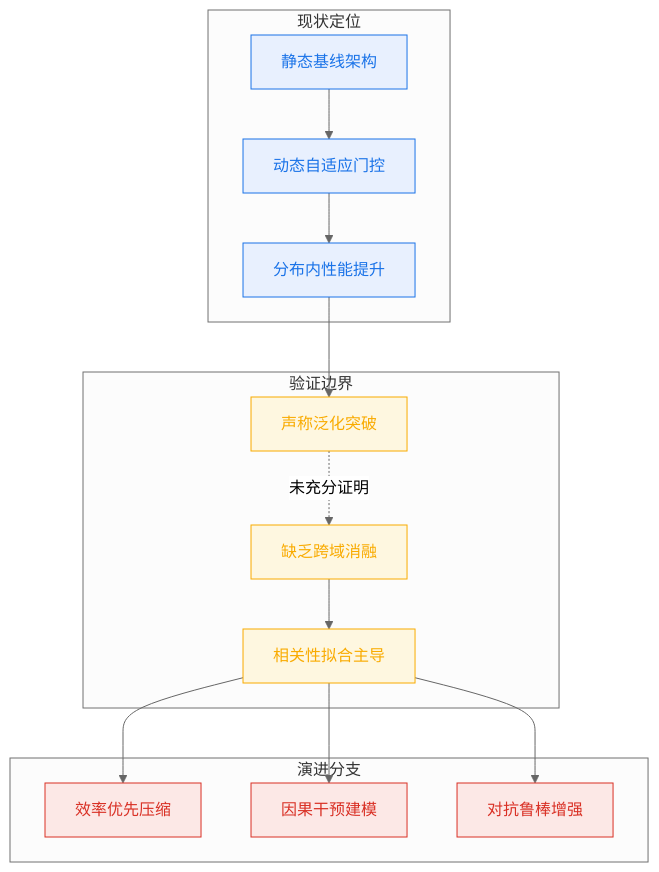
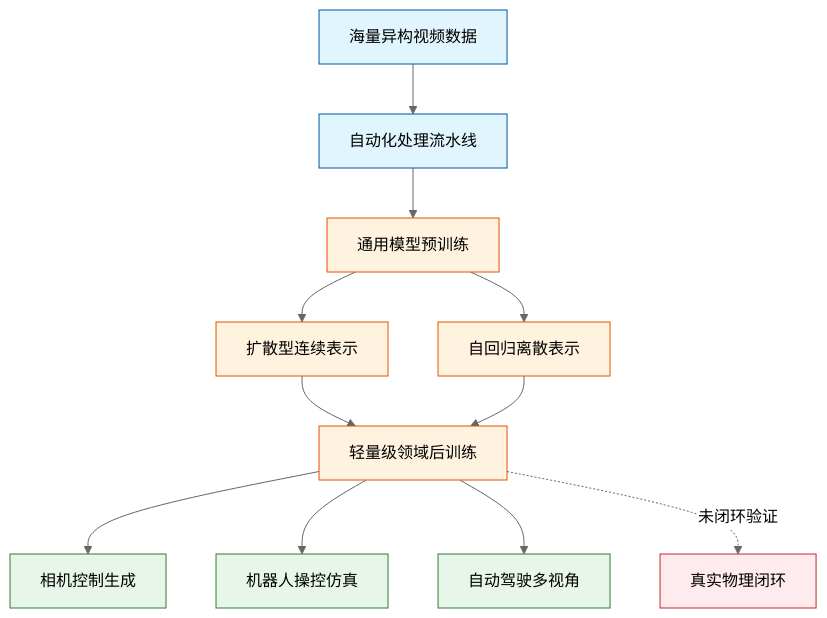
One commit to ShinewineW/paper-rolling changed diagram 11 of 11 in person_vault/2026-06-08_CosmosWorldFoundationModelPlatformForPhysicalAI_2501.03575/report.md. Above: the diagram before and after it, drawn with Mermaid (neutral theme). The commit also changed other lines of this file and 51 other files, not shown here.

````diff
--- a/person_vault/2026-06-08_CosmosWorldFoundationModelPlatformForPhysicalAI_2501.03575/report.md
+++ b/person_vault/2026-06-08_CosmosWorldFoundationModelPlatformForPhysicalAI_2501.03575/report.md
@@ -523,28 +716,18 @@
 ```mermaid
-flowchart TB
-    classDef current fill:#e8f0fe,stroke:#1a73e8,color:#1a73e8
-    classDef future fill:#fce8e6,stroke:#d93025,color:#d93025
-    classDef limit fill:#fef7e0,stroke:#f9ab00,color:#f9ab00
-    classDef proof fill:#e6f4ea,stroke:#137333,color:#137333
+flowchart TD
+  classDef data fill:#e1f5fe,color:#000,stroke:#01579b
+  classDef model fill:#fff3e0,color:#000,stroke:#e65100
+  classDef task fill:#e8f5e9,color:#000,stroke:#2e7d32
+  classDef limit fill:#ffebee,color:#000,stroke:#c62828
 
-    subgraph 现状定位
-        static_baseline["静态基线架构"] --> dynamic_gate["动态自适应门控"]
-        dynamic_gate --> dist_in["分布内性能提升"]
-    end
-
-    subgraph 验证边界
-        dist_in --> claim_gen["声称泛化突破"]
-        claim_gen -. 未充分证明 .-> proof_abl["缺乏跨域消融"]
-        proof_abl --> limit_corr["相关性拟合主导"]
-    end
-
-    subgraph 演进分支
-        limit_corr --> path_eff["效率优先压缩"]
-        limit_corr --> path_causal["因果干预建模"]
-        limit_corr --> path_robust["对抗鲁棒增强"]
-    end
-
-    class static_baseline,dynamic_gate,dist_in current
-    class claim_gen,proof_abl,limit_corr limit
-    class path_eff,path_causal,path_robust future
+  raw_video["海量异构视频数据"]:::data --> pipeline["自动化处理流水线"]:::data
+  pipeline --> pretrain["通用模型预训练"]:::model
+  pretrain --> diffusion["扩散型连续表示"]:::model
+  pretrain --> autoregressive["自回归离散表示"]:::model
+  diffusion --> post_train["轻量级领域后训练"]:::model
+  autoregressive --> post_train
+  post_train --> camera["相机控制生成"]:::task
+  post_train --> robot["机器人操控仿真"]:::task
+  post_train --> driving["自动驾驶多视角"]:::task
+  post_train -.->|未闭环验证| real_world["真实物理闭环"]:::limit
 ```
````
